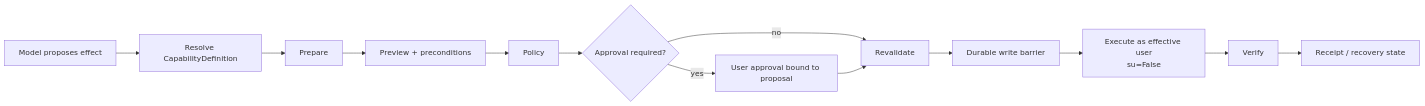
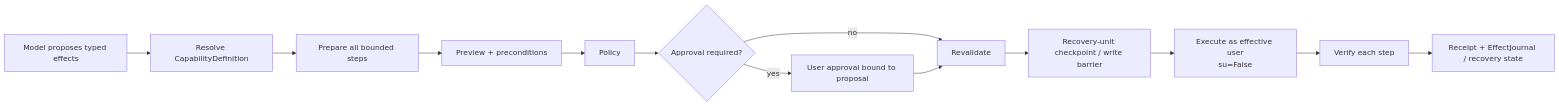
Before and after one commit to CPX-001/ai-odoo-assistant: the third of 4 diagrams in README.md, drawn with Mermaid. The commit also changed other lines of this file and 5 other files, not shown here.

````diff
--- a/README.md
+++ b/README.md
@@ -81,15 +83,15 @@
 ```mermaid
 flowchart LR
-    A[Model proposes effect] --> B[Resolve CapabilityDefinition]
-    B --> C[Prepare]
+    A[Model proposes typed effects] --> B[Resolve CapabilityDefinition]
+    B --> C[Prepare all bounded steps]
     C --> D[Preview + preconditions]
     D --> E[Policy]
     E --> F{Approval required?}
     F -->|yes| G[User approval bound to proposal]
     F -->|no| H[Revalidate]
     G --> H
-    H --> I[Durable write barrier]
+    H --> I[Recovery-unit checkpoint / write barrier]
     I --> J[Execute as effective user<br/>su=False]
-    J --> K[Verify]
-    K --> L[Receipt / recovery state]
+    J --> K[Verify each step]
+    K --> L[Receipt + EffectJournal / recovery state]
 ```
````
